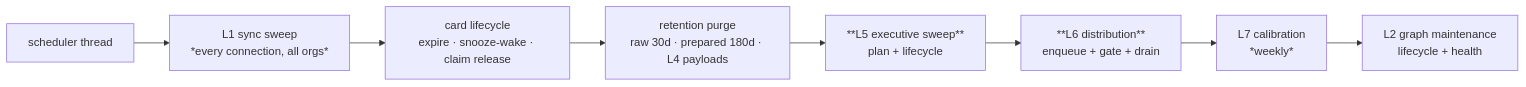
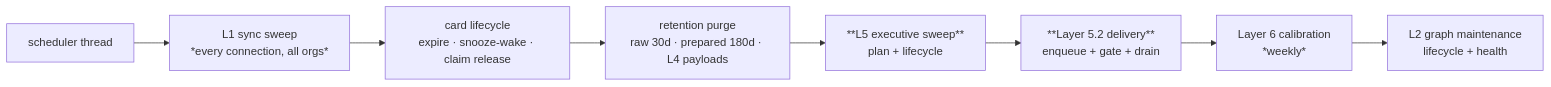
One commit to themoronss/genios-brain changed the diagram in System Design/Cross-Cutting-Contracts-Platform-API/03-API-and-The-Heartbeat.md. Above: the diagram before and after it, drawn with Mermaid. The commit also changed other lines of this file and 316 other files, not shown here.

````diff
--- a/System Design/Cross-Cutting-Contracts-Platform-API/03-API-and-The-Heartbeat.md
+++ b/System Design/Cross-Cutting-Contracts-Platform-API/03-API-and-The-Heartbeat.md
@@ -30,10 +30,10 @@
 ```mermaid
 flowchart LR
     H["scheduler thread"] --> S1["L1 sync sweep<br/>*every connection, all orgs*"]
     S1 --> S2["card lifecycle<br/>expire · snooze-wake · claim release"]
     S2 --> S3["retention purge<br/>raw 30d · prepared 180d · L4 payloads"]
     S3 --> S4["**L5 executive sweep**<br/>plan + lifecycle"]
-    S4 --> S5["**L6 distribution**<br/>enqueue + gate + drain"]
-    S5 --> S6["L7 calibration<br/>*weekly*"]
+    S4 --> S5["**Layer 5.2 delivery**<br/>enqueue + gate + drain"]
+    S5 --> S6["Layer 6 calibration<br/>*weekly*"]
     S6 --> S7["L2 graph maintenance<br/>lifecycle + health"]
 ```
````
